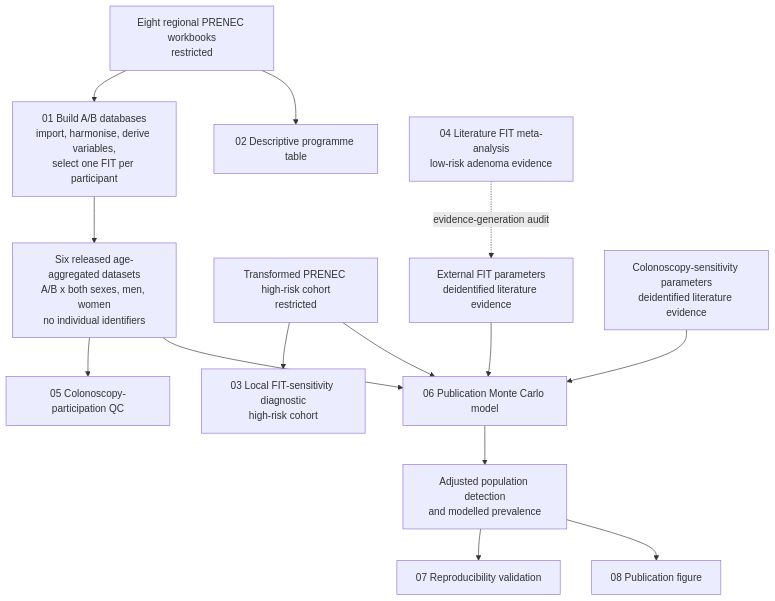
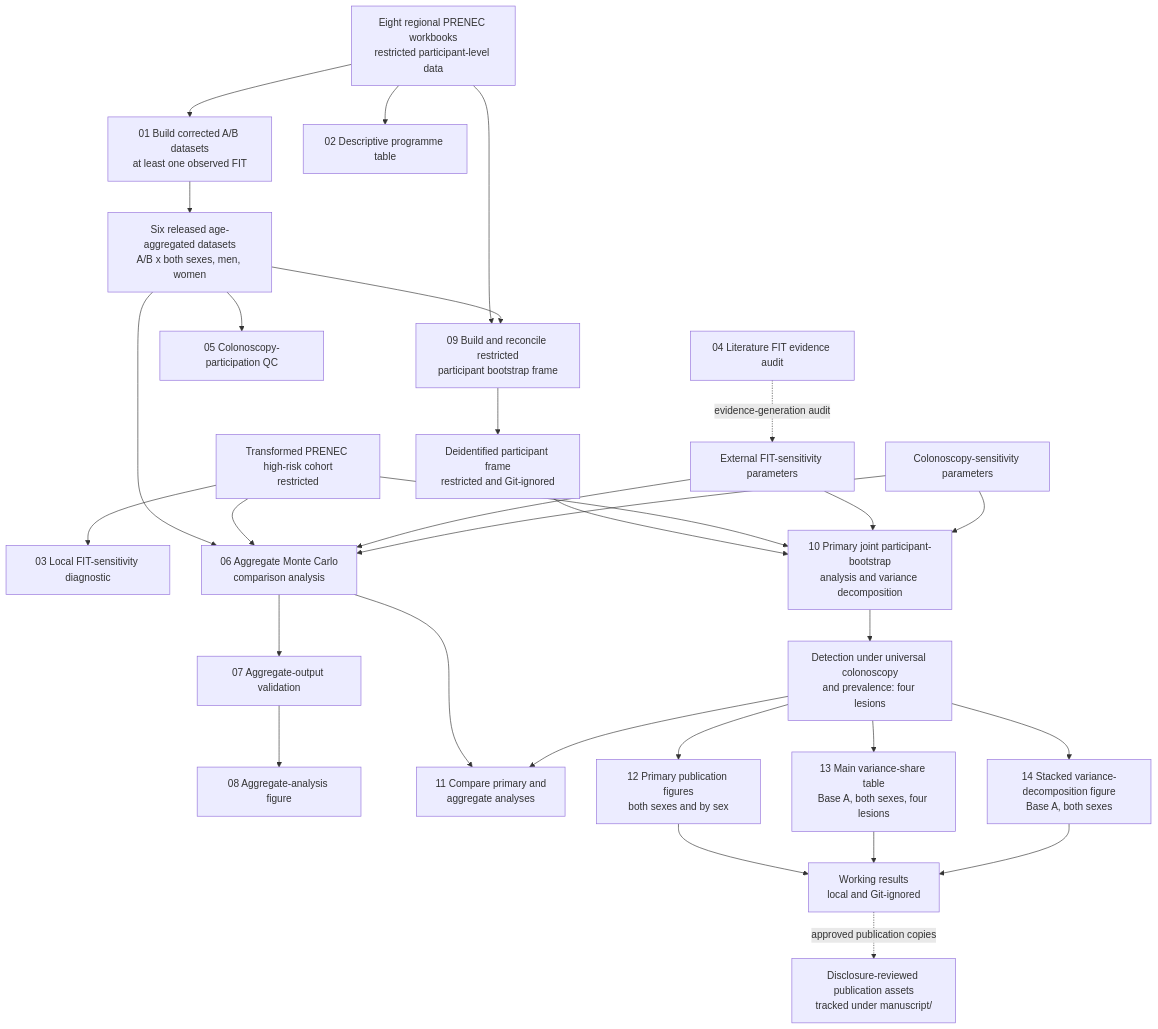
One commit to nsilvai/prenec-adenoma-prevalence changed the diagram in docs/pipeline.md. Above: the diagram before and after it, drawn with Mermaid. The commit also changed other lines of this file and 42 other files, not shown here.

Commit message:
Adopt joint bootstrap prevalence analysis

````diff
--- a/docs/pipeline.md
+++ b/docs/pipeline.md
@@ -5,29 +5,48 @@
 ```mermaid
 flowchart TD
-    RAW["Eight regional PRENEC workbooks\nrestricted"]
-    S01["01 Build A/B databases\nimport, harmonise, derive variables,\nselect one FIT per participant"]
-    AB["Six released age-aggregated datasets\nA/B x both sexes, men, women\nno individual identifiers"]
+    RAW["Eight regional PRENEC workbooks\nrestricted participant-level data"]
+    S01["01 Build corrected A/B datasets\nat least one observed FIT"]
+    AB["Six released age-aggregated datasets\nA/B x both sexes, men, women"]
     S02["02 Descriptive programme table"]
-    S03["03 Local FIT-sensitivity diagnostic\nhigh-risk cohort"]
-    S04["04 Literature FIT meta-analysis\nlow-risk adenoma evidence"]
+    S03["03 Local FIT-sensitivity diagnostic"]
+    S04["04 Literature FIT evidence audit"]
     S05["05 Colonoscopy-participation QC"]
-    S06["06 Publication Monte Carlo model"]
-    S07["07 Reproducibility validation"]
-    S08["08 Publication figure"]
+    S06["06 Aggregate Monte Carlo\ncomparison analysis"]
+    S07["07 Aggregate-output validation"]
+    S08["08 Aggregate-analysis figure"]
+    S09["09 Build and reconcile restricted\nparticipant bootstrap frame"]
+    FRAME["Deidentified participant frame\nrestricted and Git-ignored"]
+    S10["10 Primary joint participant-bootstrap\nanalysis and variance decomposition"]
+    PRIMARY["Detection under universal colonoscopy\nand prevalence: four lesions"]
+    S11["11 Compare primary and\naggregate analyses"]
+    S12["12 Primary publication figures\nboth sexes and by sex"]
+    S13["13 Main variance-share table\nBase A, both sexes, four lesions"]
+    S14["14 Stacked variance-decomposition figure\nBase A, both sexes"]
     SENS["Transformed PRENEC high-risk cohort\nrestricted"]
-    FITPAR["External FIT parameters\ndeidentified literature evidence"]
-    COLPAR["Colonoscopy-sensitivity parameters\ndeidentified literature evidence"]
-    OUT["Adjusted population detection\nand modelled prevalence"]
+    FITPAR["External FIT-sensitivity parameters"]
+    COLPAR["Colonoscopy-sensitivity parameters"]
+    LOCAL["Working results\nlocal and Git-ignored"]
+    PUB["Disclosure-reviewed publication assets\ntracked under manuscript/"]
 
     RAW --> S01 --> AB
     RAW --> S02
+    RAW --> S09
+    AB --> S09 --> FRAME --> S10 --> PRIMARY
     SENS --> S03
     AB --> S05
     AB --> S06
     SENS --> S06
     FITPAR --> S06
     COLPAR --> S06
+    SENS --> S10
+    FITPAR --> S10
+    COLPAR --> S10
     S04 -. evidence-generation audit .-> FITPAR
-    S06 --> OUT --> S07
-    OUT --> S08
+    S06 --> S07 --> S08
+    S06 --> S11
+    PRIMARY --> S11
+    PRIMARY --> S12 --> LOCAL
+    PRIMARY --> S13 --> LOCAL
+    PRIMARY --> S14 --> LOCAL
+    LOCAL -. approved publication copies .-> PUB
 ```
````
